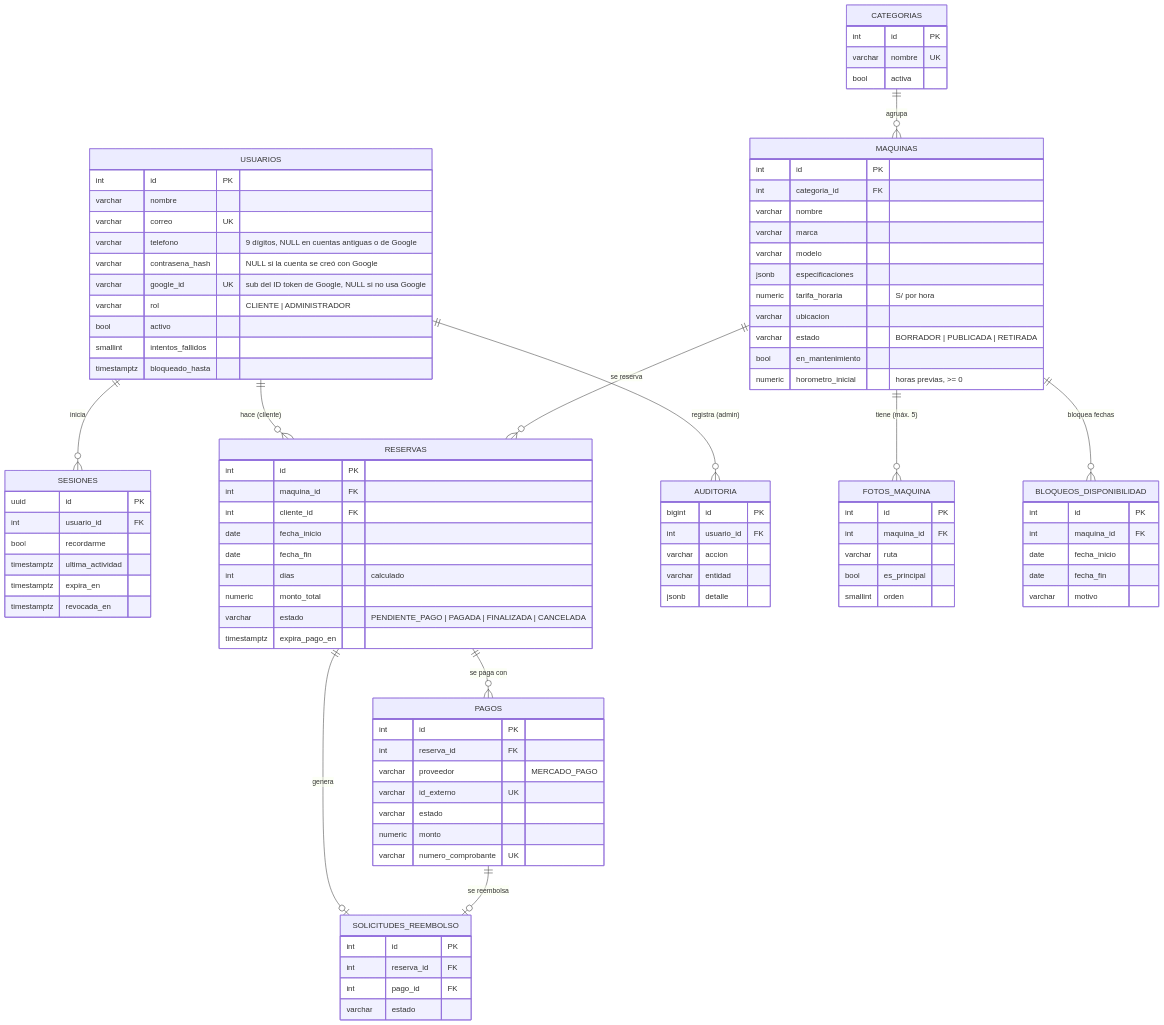
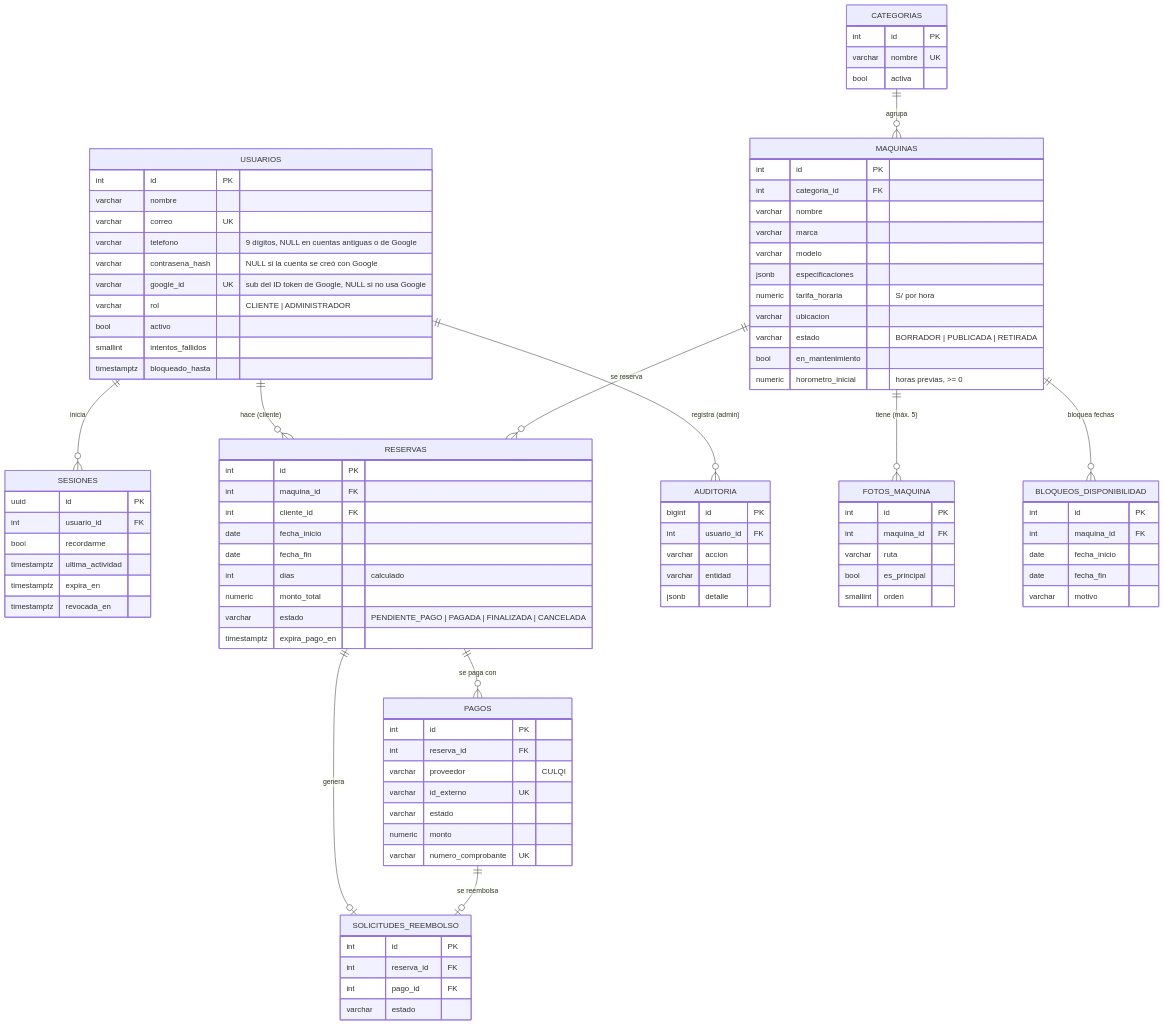
One commit to kevinrujel26-arch/agiledevelo changed the first of 2 diagrams in docs/base-de-datos.md. Above: the diagram before and after it, drawn with Mermaid. The commit also changed 17 other files, not shown here.

```diff
--- a/docs/base-de-datos.md
+++ b/docs/base-de-datos.md
@@ -87,7 +87,7 @@
     PAGOS {
         int id PK
         int reserva_id FK
-        varchar proveedor "MERCADO_PAGO"
+        varchar proveedor "CULQI"
         varchar id_externo UK
         varchar estado
         numeric monto
```
